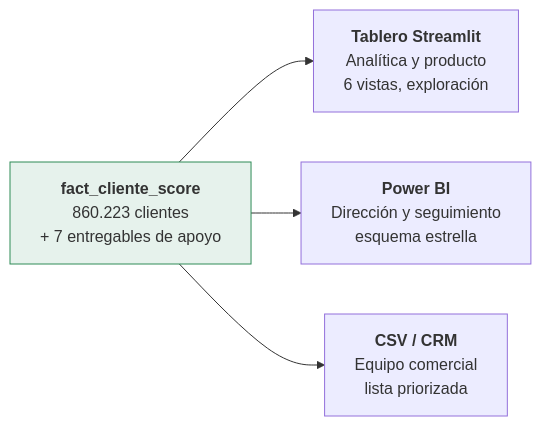
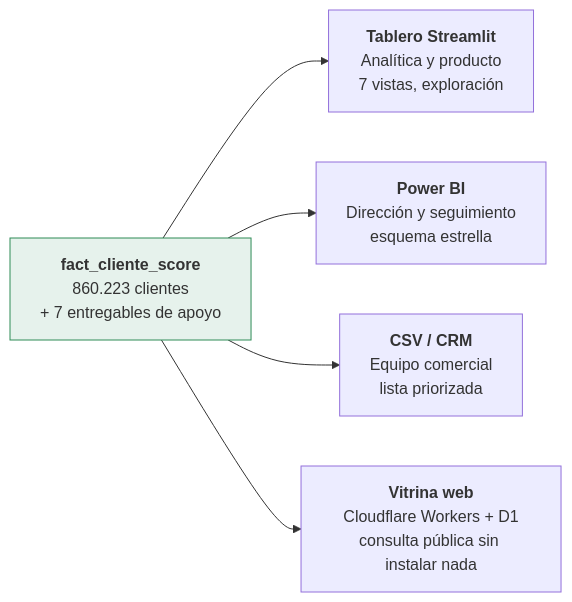
The third of 4 diagrams in docs/esquema_operacion.md (natam226/Prueba-Tecnica-CREAN), drawn with Mermaid before and after one commit. The commit also changed other lines of this file and 2 other files, not shown here.

````diff
--- a/docs/esquema_operacion.md
+++ b/docs/esquema_operacion.md
@@ -128,10 +172,11 @@
 ```mermaid
 flowchart LR
     F["<b>fact_cliente_score</b><br/>860.223 clientes<br/>+ 7 entregables de apoyo"]
 
-    F --> A["<b>Tablero Streamlit</b><br/>Analítica y producto<br/>6 vistas, exploración"]
+    F --> A["<b>Tablero Streamlit</b><br/>Analítica y producto<br/>7 vistas, exploración"]
     F --> B["<b>Power BI</b><br/>Dirección y seguimiento<br/>esquema estrella"]
     F --> C["<b>CSV / CRM</b><br/>Equipo comercial<br/>lista priorizada"]
+    F --> D["<b>Vitrina web</b><br/>Cloudflare Workers + D1<br/>consulta pública sin instalar nada"]
 
     style F fill:#E6F2EC,stroke:#2E8B57
 ```
````
